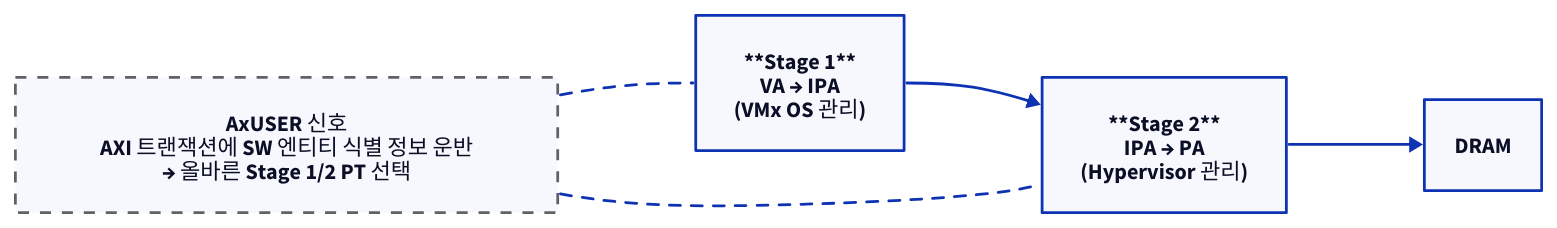
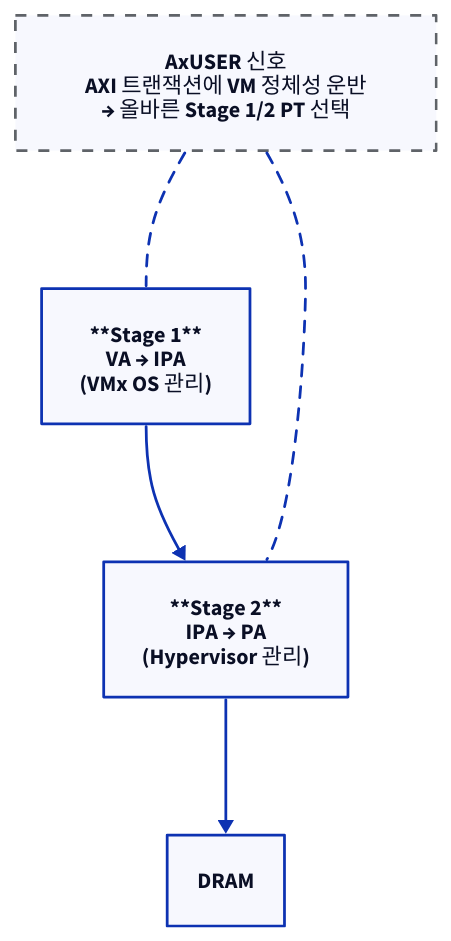
One commit to humbleowl39/DV_SKOOL changed diagram 17 of 17 in topics/virtualization/docs/01a_system_architecture_evolution.md. Above: the diagram before and after it, drawn with D2. The commit also changed other lines of this file and 90 other files, not shown here.

First line of the commit message:
docs: 전 토픽 다이어그램 정비 — ASCII→D2, mermaid→D2, 과대 D2 가시성 수정

````diff
--- a/topics/virtualization/docs/01a_system_architecture_evolution.md
+++ b/topics/virtualization/docs/01a_system_architecture_evolution.md
@@ -626,10 +610,10 @@
 ```d2
-direction: right
+direction: down
 S1: "**Stage 1**\nVA → IPA\n(VMx OS 관리)"
 S2: "**Stage 2**\nIPA → PA\n(Hypervisor 관리)"
-DRAM: DRAM
+DRAM: "DRAM"
 S1 -> S2 -> DRAM
-AX: "AxUSER 신호\nAXI 트랜잭션에 SW 엔티티 식별 정보 운반\n→ 올바른 Stage 1/2 PT 선택" { style.stroke: "#5f6368"; style.stroke-dash: 4 }
+AX: "AxUSER 신호\nAXI 트랜잭션에 VM 정체성 운반\n→ 올바른 Stage 1/2 PT 선택" { style.stroke: "#5f6368"; style.stroke-dash: 4 }
 AX -- S1: { style.stroke-dash: 4 }
 AX -- S2: { style.stroke-dash: 4 }
 ```
````
